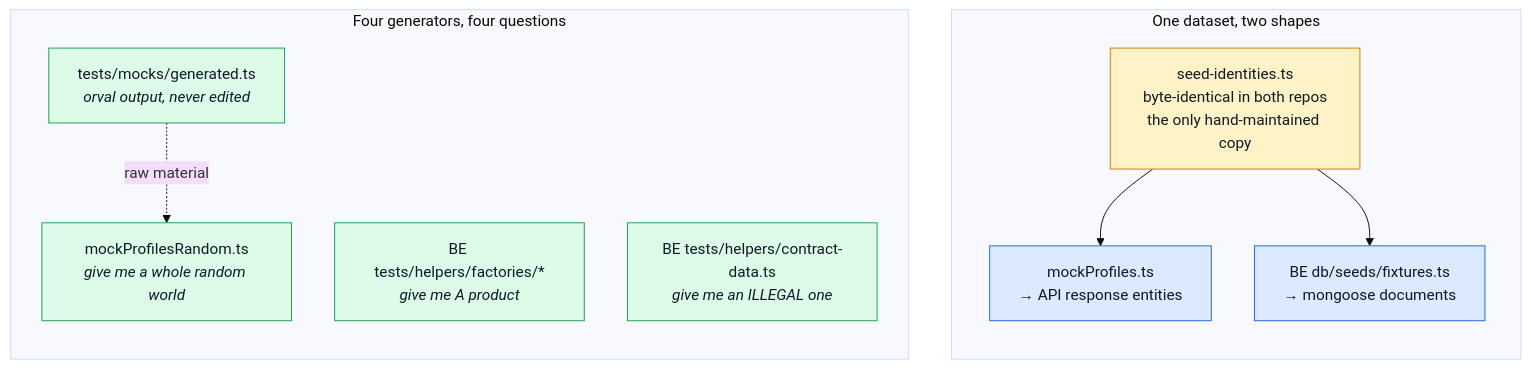
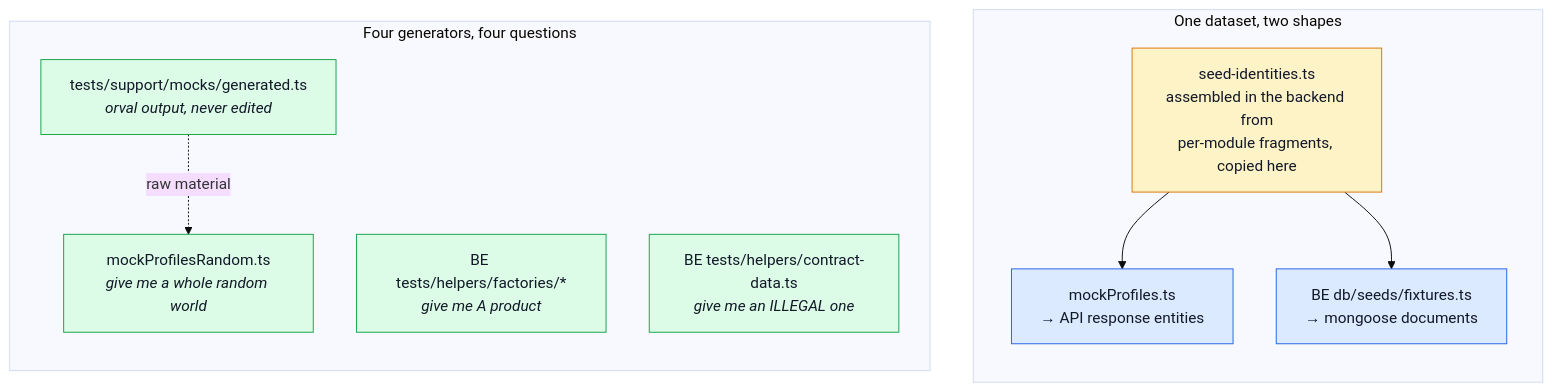
Before and after one commit to Guebbit/boilerplate-vue-frontend: the second of 3 diagrams in docs/tools/testing-and-docs.md, drawn with Mermaid (base theme). The commit also changed other lines of this file and 385 other files, not shown here.

First line of the commit message:
feat!: 2.0.0 — modular architecture, tiered substrate, contracts as backend output

````diff
--- a/docs/tools/testing-and-docs.md
+++ b/docs/tools/testing-and-docs.md
@@ -72,27 +72,27 @@
 ```mermaid
 %%{init: {'flowchart': {'nodeSpacing': 45, 'rankSpacing': 55}}}%%
 flowchart TB
     subgraph one["One dataset, two shapes"]
         direction TB
-        Seed["seed-identities.ts<br/>byte-identical in both repos<br/>the only hand-maintained copy"]
+        Seed["seed-identities.ts<br/>assembled in the backend from<br/>per-module fragments, copied here"]
         Seed --> FEMap["mockProfiles.ts<br/>→ API response entities"]
         Seed --> BEMap["BE db/seeds/fixtures.ts<br/>→ mongoose documents"]
     end
 
     subgraph four["Four generators, four questions"]
         direction TB
         Random["mockProfilesRandom.ts<br/><i>give me a whole random world</i>"]
-        Generated["tests/mocks/generated.ts<br/><i>orval output, never edited</i>"]
+        Generated["tests/support/mocks/generated.ts<br/><i>orval output, never edited</i>"]
         Factories["BE tests/helpers/factories/*<br/><i>give me A product</i>"]
         ContractData["BE tests/helpers/contract-data.ts<br/><i>give me an ILLEGAL one</i>"]
     end
 
     Generated -.raw material.-> Random
 
     classDef source fill:#fef3c7,stroke:#d97706,color:#111827;
     classDef mapper fill:#dbeafe,stroke:#2563eb,color:#111827;
     classDef gen fill:#dcfce7,stroke:#16a34a,color:#111827;
     class Seed source;
     class FEMap,BEMap mapper;
     class Random,Generated,Factories,ContractData gen;
 ```
````
